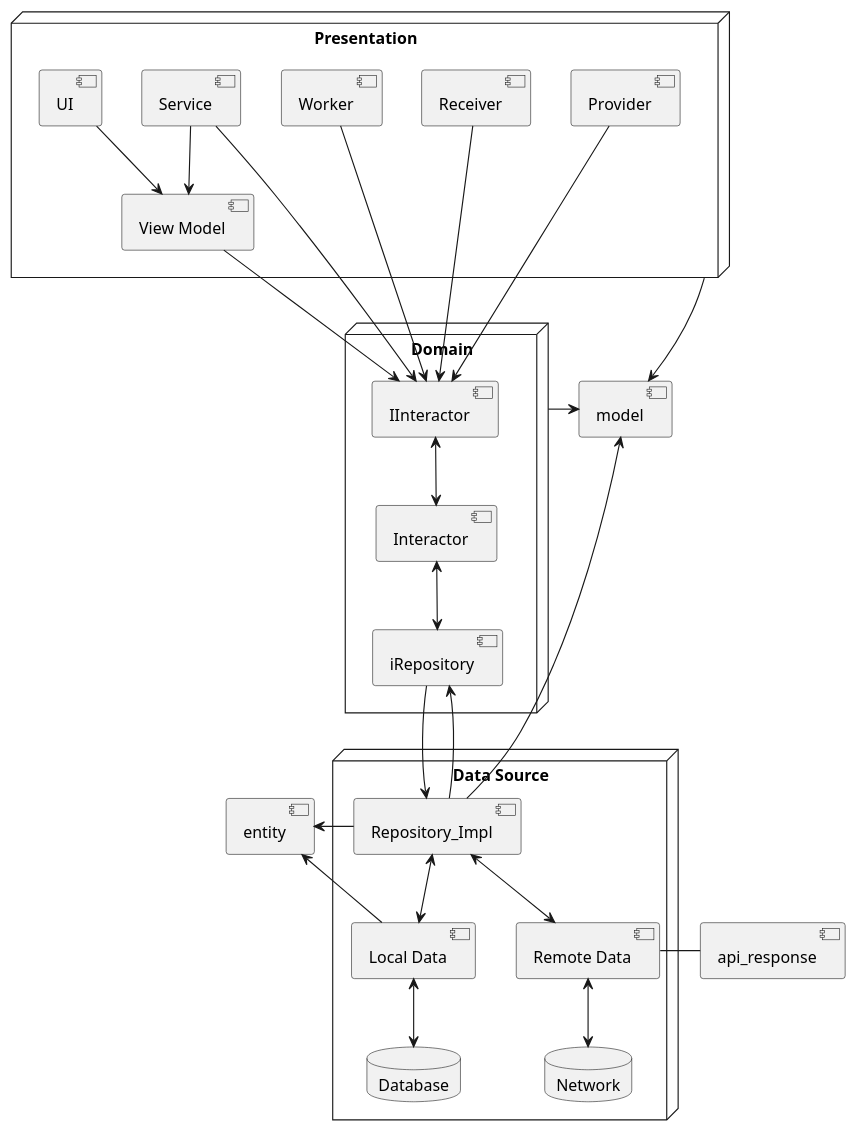
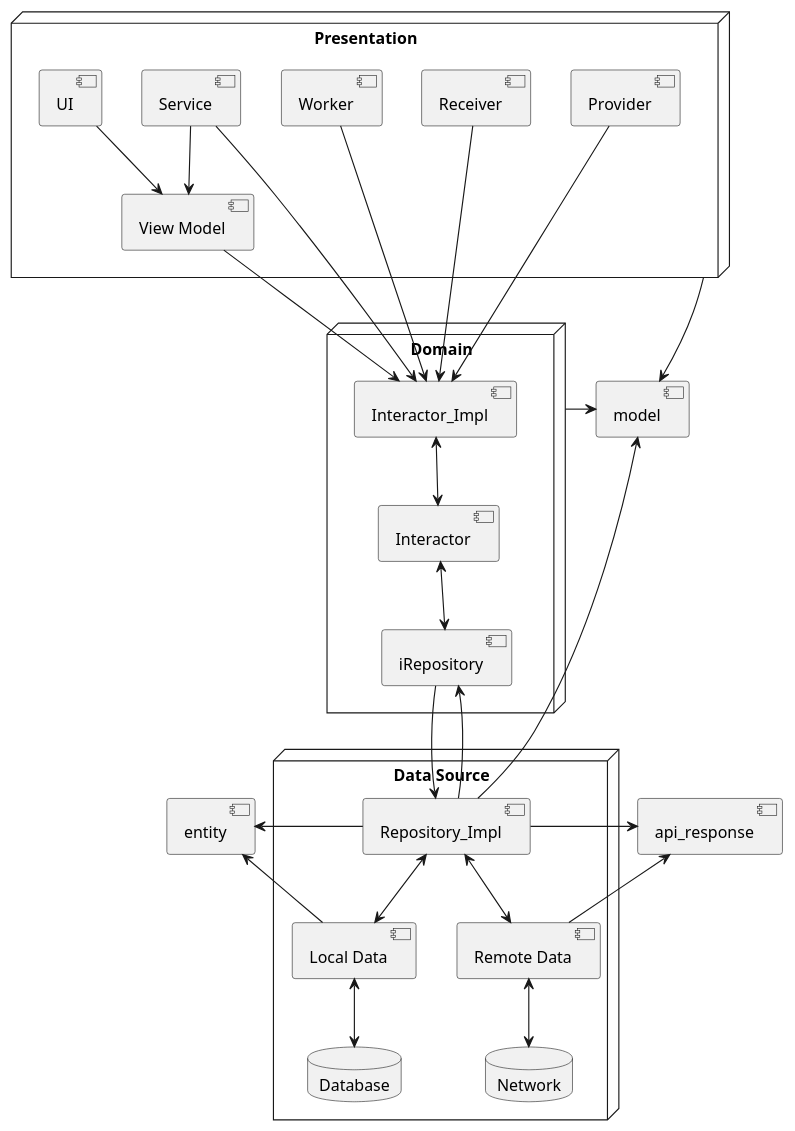
The diagram in system-design.puml (1945max/fake-gps), drawn with PlantUML before and after one commit.

```diff
--- a/system-design.puml
+++ b/system-design.puml
@@ -1,57 +1,58 @@
 @startuml
 
 node "Presentation" as presentation {
     component "View Model" as ViewModel
     component "UI" as Activity
     component "Worker" as Worker
     component "Receiver" as BroadcastReceiver
     component "Service" as Service
     component "Provider" as ContentProvider
 }
 
 node "Domain" as domain {
-    component "IInteractor" as IInteractor
+    component "Interactor_Impl" as InteractorImpl
     component "Interactor" as Interactor
     component "iRepository" as IRepository
 }
 
 node "Data Source" as data_source {
     component "Repository_Impl" as RepositoryImpl
     component "Local Data" as LocalDataSource
     component "Remote Data" as RemoteDataSource
     database "Database" as database
-    database "Network" as network
+    database "Network" as Network
 }
 
 component "model" as model
 component "entity" as entity
 component "api_response" as api_response
 
 /' Layer Presentation '/
 Activity -down-> ViewModel
 Service -down-> ViewModel
-Service -down-> IInteractor
-ViewModel -down-> IInteractor
-Worker -down-> IInteractor
-BroadcastReceiver -down-> IInteractor
-ContentProvider -down-> IInteractor
+Service -down-> InteractorImpl
+ViewModel -down-> InteractorImpl
+Worker -down-> InteractorImpl
+BroadcastReceiver -down-> InteractorImpl
+ContentProvider -down-> InteractorImpl
 presentation -down-> model
 
 /' Layer Domain '/
 IRepository <-up-> Interactor
-Interactor <-up-> IInteractor
+Interactor <-up-> InteractorImpl
 IRepository -down-> RepositoryImpl
 domain -left-> model
 
-/' Layer Data '/
-RemoteDataSource -left- api_response
+/' Layer Data Source '/
+RemoteDataSource -left-> api_response
+RepositoryImpl -left-> api_response
 LocalDataSource -right-> entity
 RepositoryImpl -up-> model
 RepositoryImpl -up-> IRepository
 RepositoryImpl -left-> entity
 LocalDataSource <-up-> RepositoryImpl
 RemoteDataSource <-up-> RepositoryImpl
-network <-up-> RemoteDataSource
+Network <-up-> RemoteDataSource
 database <-up-> LocalDataSource
 
 @enduml
```
